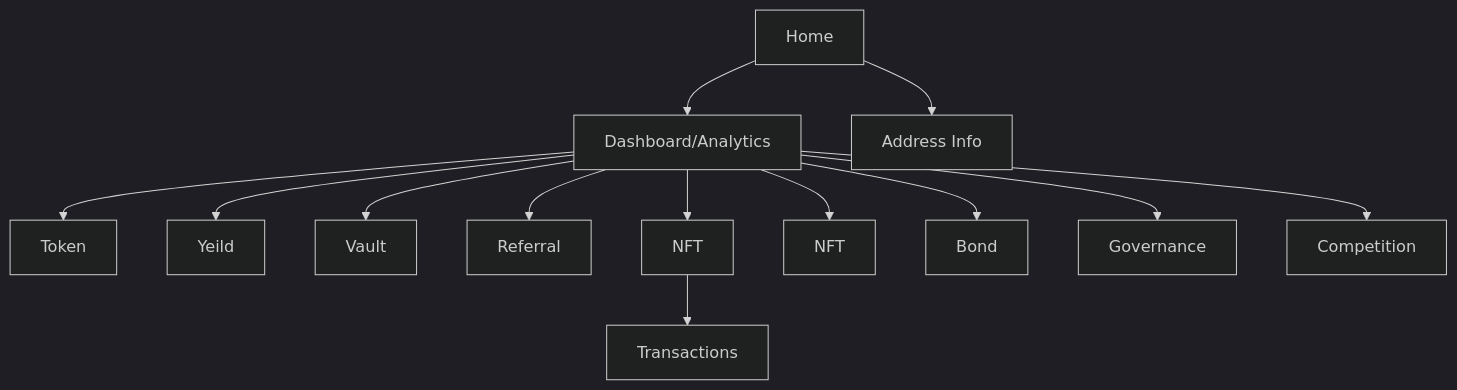
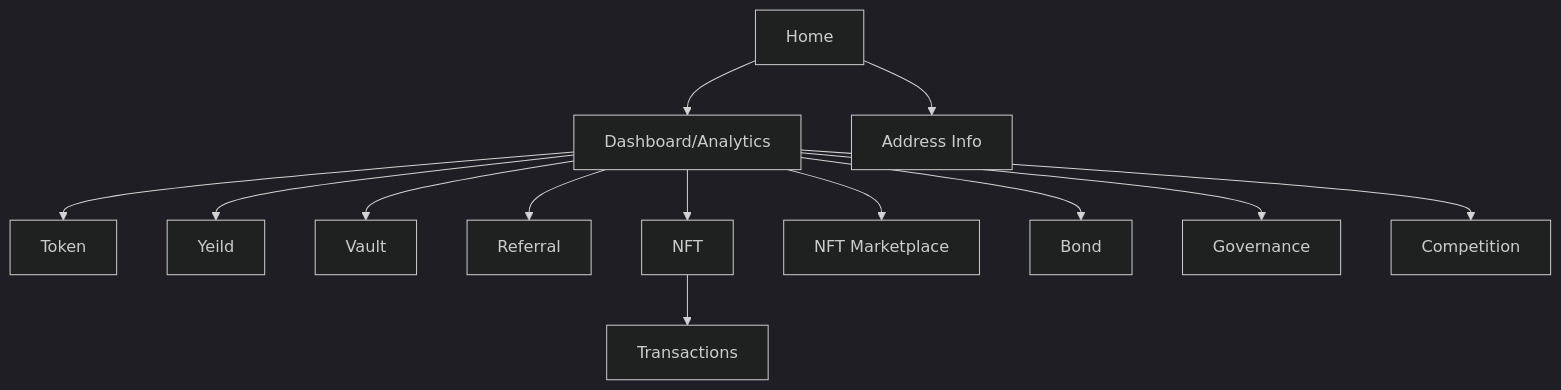
The diagram in docs/sitemap.md (PositionExchangeHolder/position-exchange-analytics), drawn with Mermaid (dark theme) before and after one commit.

Commit message:
docs: fix sitemap

````diff
--- a/docs/sitemap.md
+++ b/docs/sitemap.md
@@ -3,16 +3,16 @@
 ```mermaid
 graph TD
   A[Home] --> B[Dashboard/Analytics]
     B --> C[Token]
     B --> D[Yeild]
     B --> E[Vault]
     B --> F[Referral]
     B --> G[NFT]
       G --> G1[Transactions]
-    B --> H[NFT]
+    B --> H[NFT Marketplace]
     B --> I[Bond]
     B --> K[Governance]
     B --> L[Competition]
     %% B -> M[Public Sale]
   A[Home] --> Z[Address Info]
 ```
````
